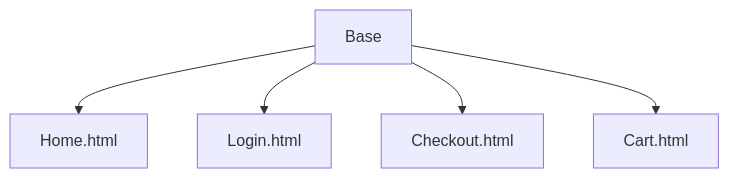
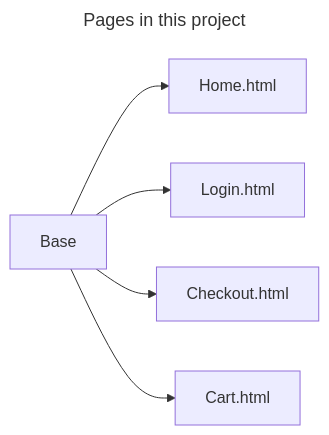
One commit to phatnguyen9722/e-store changed the second of 2 diagrams in README.md. Above: the diagram before and after it, drawn with Mermaid. The commit also changed other lines of this file and 2 other files, not shown here.

Commit message:
[MODIFY] minor changes

````diff
--- a/README.md
+++ b/README.md
@@ -13,7 +16,10 @@
 ```mermaid
-graph TD;
+---
+title: Pages in this project
+---
+graph LR;
     Base --> Home.html;
     Base --> Login.html;
     Base --> Checkout.html;
     Base --> Cart.html;
 ```
````
